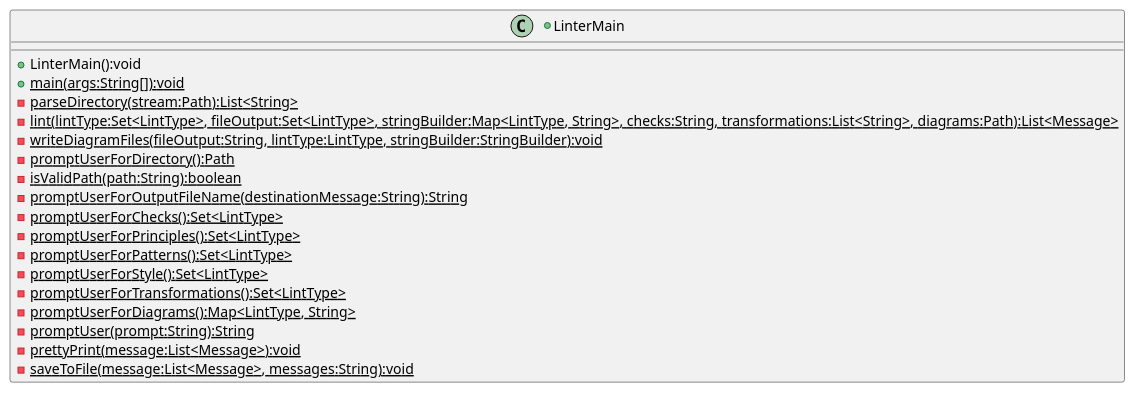
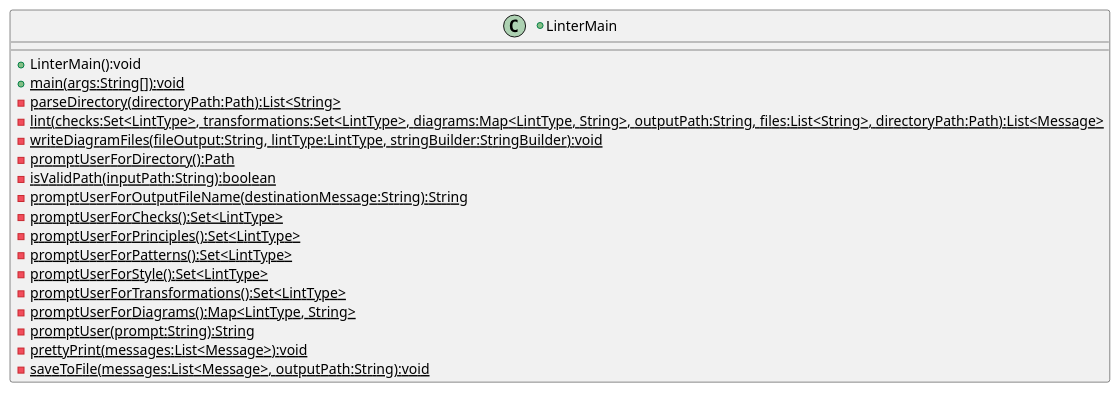
Before and after one commit to abeGizaw/JavaUMLCreator: the diagram in output.puml, drawn with PlantUML. The commit also changed 3 other files, not shown here.

```diff
--- a/output.puml
+++ b/output.puml
@@ -1,22 +1,22 @@
 @startuml
 +class LinterMain{
 	+LinterMain():void
 	+{static}main(args:String[]):void
-	-{static}parseDirectory(stream:Path):List<String>
-	-{static}lint(lintType:Set<LintType>, fileOutput:Set<LintType>, stringBuilder:Map<LintType, String>, checks:String, transformations:List<String>, diagrams:Path):List<Message>
+	-{static}parseDirectory(directoryPath:Path):List<String>
+	-{static}lint(checks:Set<LintType>, transformations:Set<LintType>, diagrams:Map<LintType, String>, outputPath:String, files:List<String>, directoryPath:Path):List<Message>
 	-{static}writeDiagramFiles(fileOutput:String, lintType:LintType, stringBuilder:StringBuilder):void
 	-{static}promptUserForDirectory():Path
-	-{static}isValidPath(path:String):boolean
+	-{static}isValidPath(inputPath:String):boolean
 	-{static}promptUserForOutputFileName(destinationMessage:String):String
 	-{static}promptUserForChecks():Set<LintType>
 	-{static}promptUserForPrinciples():Set<LintType>
 	-{static}promptUserForPatterns():Set<LintType>
 	-{static}promptUserForStyle():Set<LintType>
 	-{static}promptUserForTransformations():Set<LintType>
 	-{static}promptUserForDiagrams():Map<LintType, String>
 	-{static}promptUser(prompt:String):String
-	-{static}prettyPrint(message:List<Message>):void
-	-{static}saveToFile(message:List<Message>, messages:String):void
+	-{static}prettyPrint(messages:List<Message>):void
+	-{static}saveToFile(messages:List<Message>, outputPath:String):void
 	}
 
 @enduml
```
